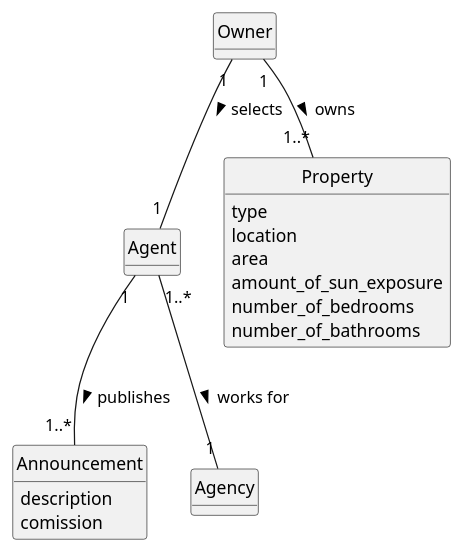
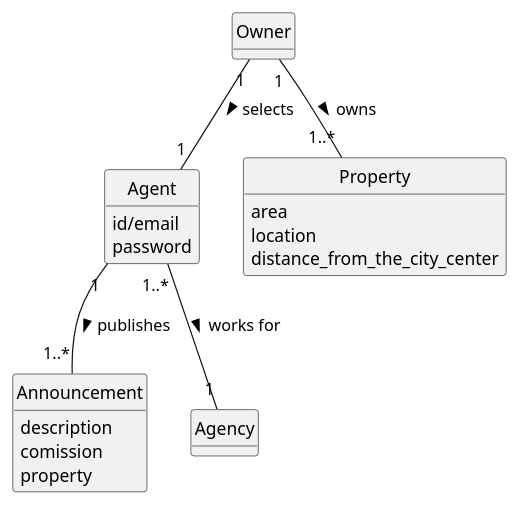
Before and after one commit to Rodrick0209/ISEP-LAPR2-22-23: the diagram in docs/Sprint-B/US002/02.analysis/puml/us002-domain-model.puml, drawn with PlantUML. The commit also changed 10 other files, not shown here.

```diff
--- a/docs/Sprint-B/US002/02.analysis/puml/us002-domain-model.puml
+++ b/docs/Sprint-B/US002/02.analysis/puml/us002-domain-model.puml
@@ -1,44 +1,44 @@
     @startuml
 skinparam monochrome true
 skinparam packageStyle rectangle
 skinparam shadowing false
 
 'left to right direction
 
 skinparam classAttributeIconSize 0
 
 hide circle
 hide methods
 
 'title Domain Model
 
 'class Platform {
 '  -description
 '}
 
 class Agent {
+id/email
+password
 }
 
 class Owner {
 }
 
 class Property {
-    type
-    location
-    area
-    amount_of_sun_exposure
-    number_of_bedrooms
-    number_of_bathrooms
+   area
+   location
+    distance_from_the_city_center
 }
 
 class Announcement {
     description
     comission
+    property
   }
 
 Owner "1" -- "1" Agent : selects >
 Owner "1" -- "1..*" Property : owns >
 Agent "1" -- "1..*" Announcement : publishes >
 Agent "1..*" -- "1" Agency : works for >
 
 @enduml
```
